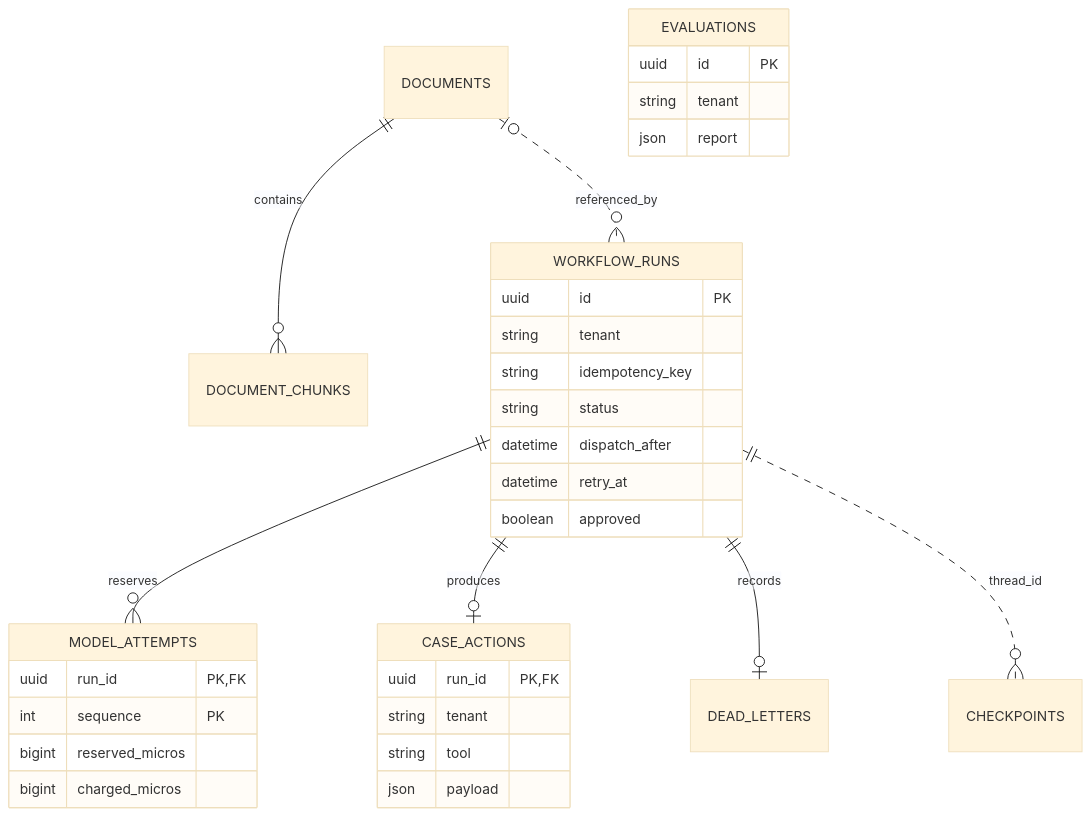
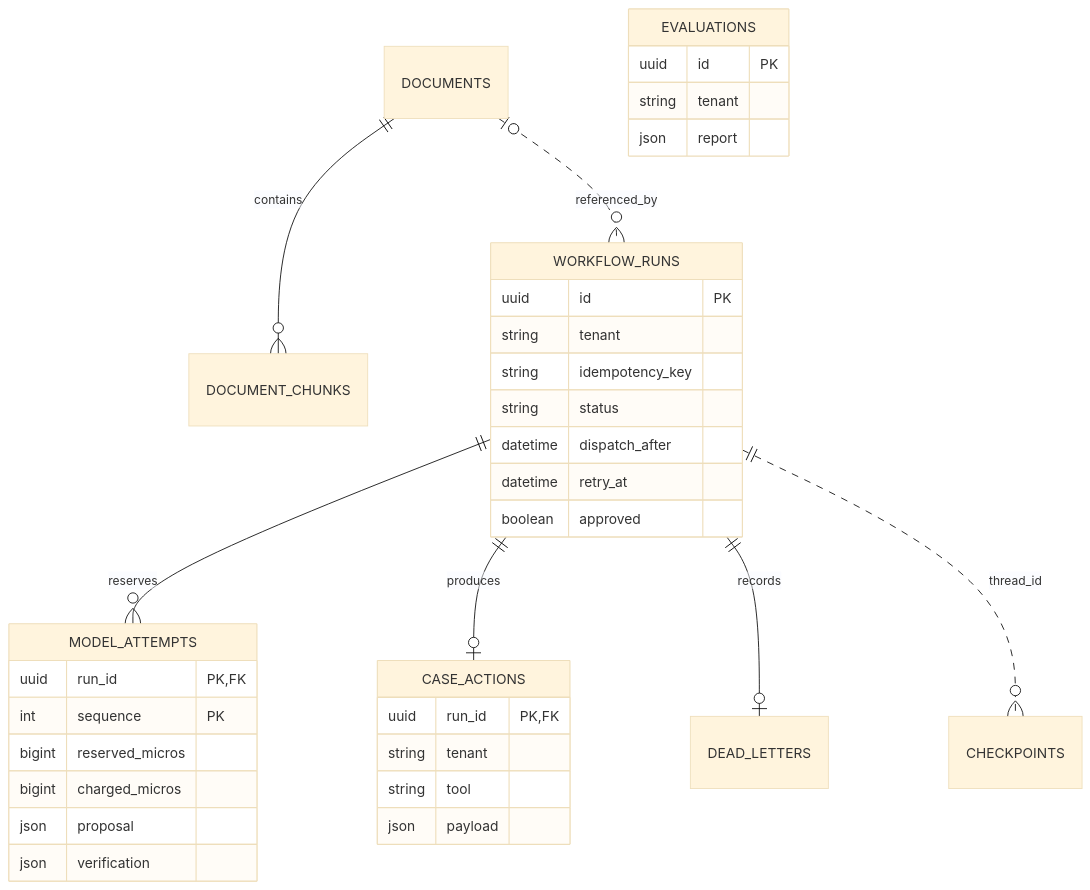
One commit to Galactic717/verstak-agent changed the second of 2 diagrams in docs/ARCHITECTURE.md. Above: the diagram before and after it, drawn with Mermaid (base theme). The commit also changed other lines of this file and 4 other files, not shown here.

````diff
--- a/docs/ARCHITECTURE.md
+++ b/docs/ARCHITECTURE.md
@@ -38,35 +42,37 @@
 ```mermaid
 erDiagram
     DOCUMENTS ||--o{ DOCUMENT_CHUNKS : contains
     DOCUMENTS o|..o{ WORKFLOW_RUNS : referenced_by
     WORKFLOW_RUNS ||--o{ MODEL_ATTEMPTS : reserves
     WORKFLOW_RUNS ||--o| CASE_ACTIONS : produces
     WORKFLOW_RUNS ||--o| DEAD_LETTERS : records
     WORKFLOW_RUNS ||..o{ CHECKPOINTS : thread_id
     WORKFLOW_RUNS {
         uuid id PK
         string tenant
         string idempotency_key
         string status
         datetime dispatch_after
         datetime retry_at
         boolean approved
     }
     MODEL_ATTEMPTS {
         uuid run_id PK, FK
         int sequence PK
         bigint reserved_micros
         bigint charged_micros
+        json proposal
+        json verification
     }
     CASE_ACTIONS {
         uuid run_id PK, FK
         string tenant
         string tool
         json payload
     }
     EVALUATIONS {
         uuid id PK
         string tenant
         json report
     }
 ```
````
